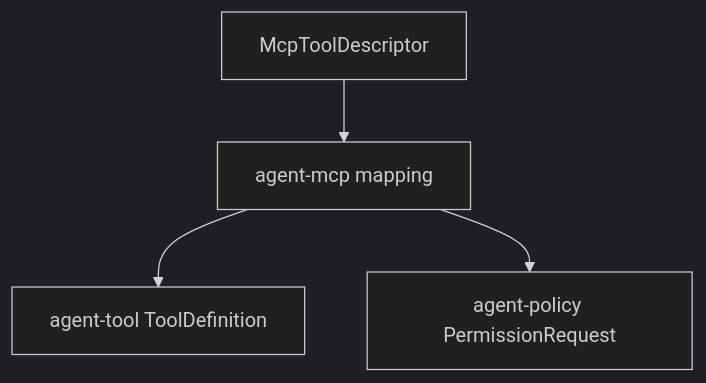
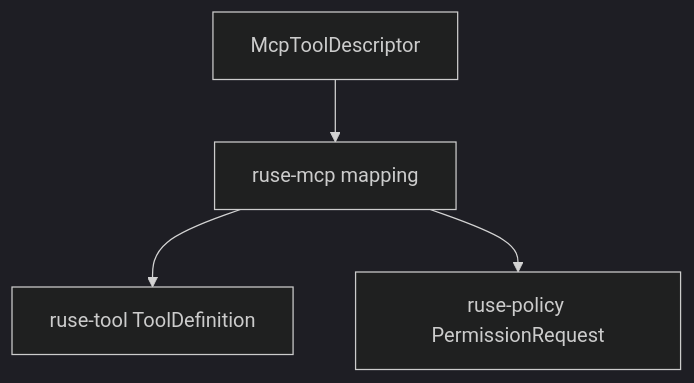
One commit to poneding/agent changed the diagram in docs/specs/M07-02-mcp-policy-mapping.spec.md. Above: the diagram before and after it, drawn with Mermaid (dark theme). The commit also changed other lines of this file and 2091 other files, not shown here.

First line of the commit message:
refactor: rename agent branding to ruse

````diff
--- a/docs/specs/M07-02-mcp-policy-mapping.spec.md
+++ b/docs/specs/M07-02-mcp-policy-mapping.spec.md
@@ -33,6 +33,6 @@
 ```mermaid
 flowchart TD
-  descriptor["McpToolDescriptor"] --> mapping["agent-mcp mapping"]
-  mapping --> tool_def["agent-tool ToolDefinition"]
-  mapping --> permission["agent-policy PermissionRequest"]
+  descriptor["McpToolDescriptor"] --> mapping["ruse-mcp mapping"]
+  mapping --> tool_def["ruse-tool ToolDefinition"]
+  mapping --> permission["ruse-policy PermissionRequest"]
 ```
````
